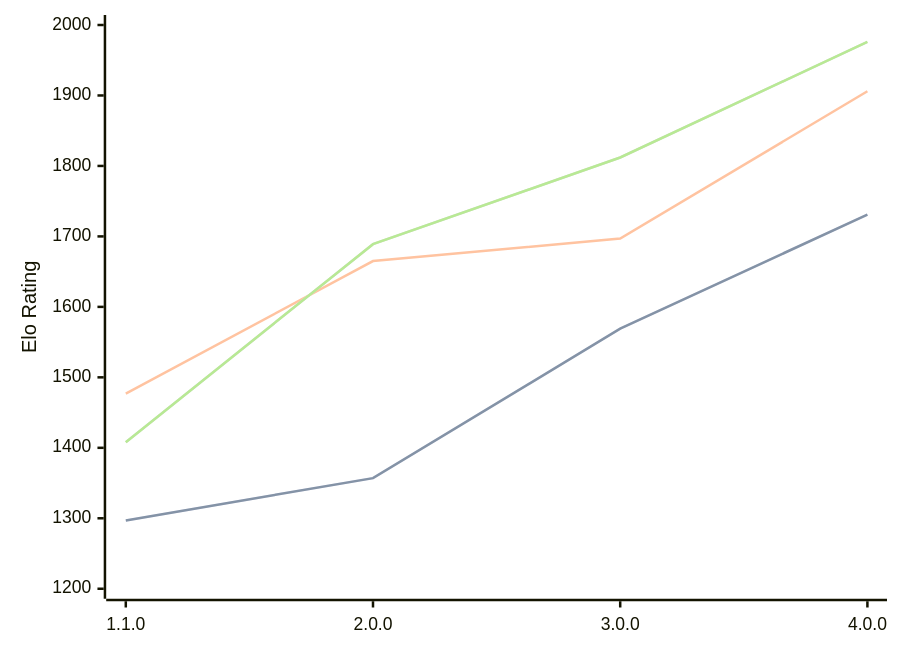
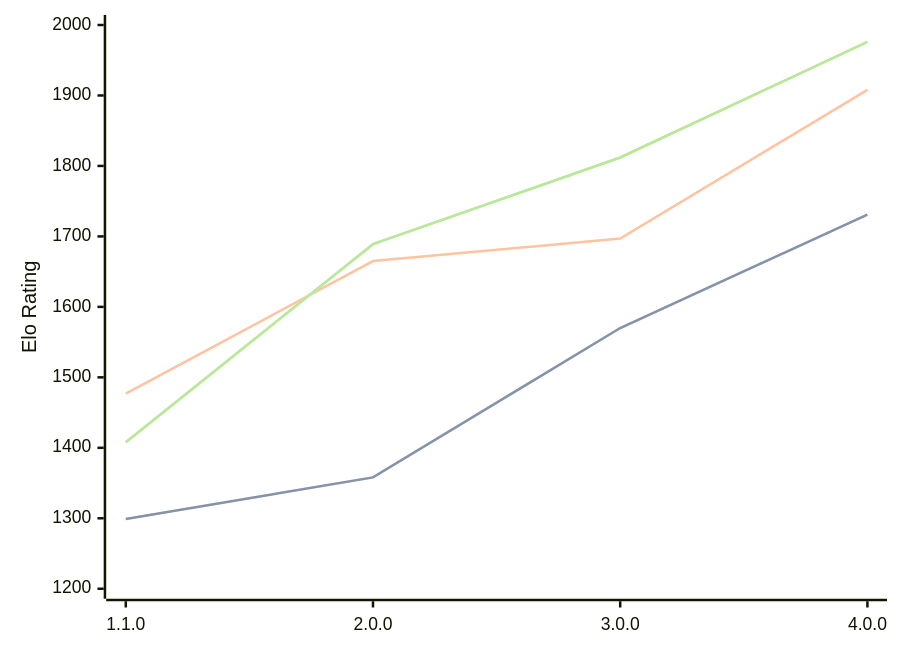
One commit to computer-chess-index/cci changed the diagram in engines/Laura.md. Above: the diagram before and after it, drawn with Mermaid. The commit also changed other lines of this file, not shown here.

````diff
--- a/engines/Laura.md
+++ b/engines/Laura.md
@@ -34,11 +34,11 @@
 ```mermaid
 %%{init: {"theme":"base","themeVariables":{"seriesColors:['#a3a3a3','#222221','#faa371']}}}%%
 xychart-beta
   x-axis ["1.1.0", "2.0.0", "3.0.0", "4.0.0"]
   y-axis "Elo Rating" 1200 --> 2000
-  line "" [1297, 1357, 1569, 1731]
-  line "STC (8.0+0.08s)" [1297, 1357, 1569, 1731]
-  line "LTC (60.0+0.60s)" [1477, 1665, 1697, 1906]
+  line "" [1299, 1358, 1570, 1731]
+  line "STC (8.0+0.08s)" [1299, 1358, 1570, 1731]
+  line "LTC (60.0+0.60s)" [1477, 1665, 1697, 1908]
   line "" [1408, 1689, 1812, 1976]
   line "VLTC (2m24s+1.12s)" [1408, 1689, 1812, 1976]
 ```
````
